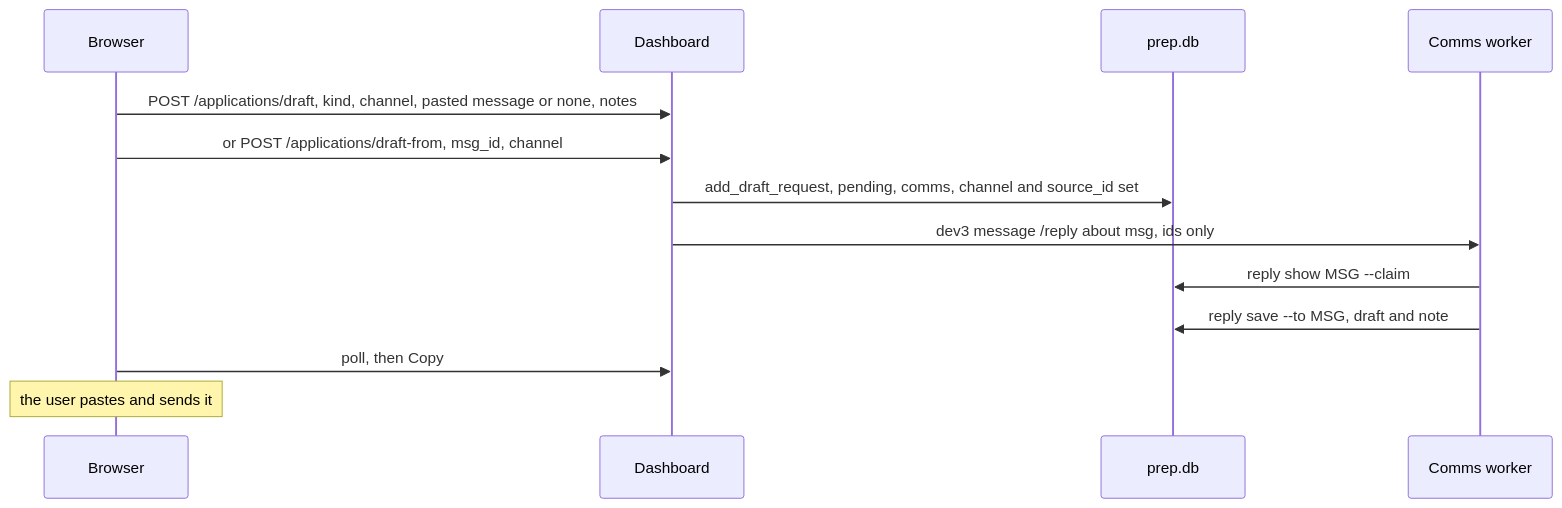
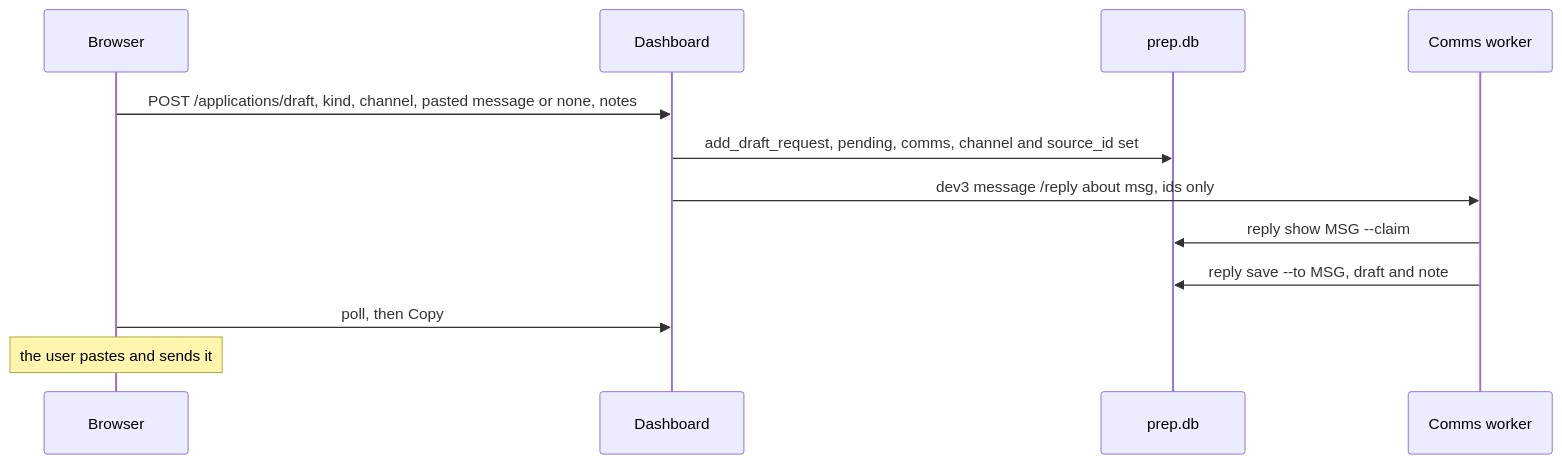
The third of 4 diagrams in docs/reference/assistants.md (Pavlana/hirey), drawn with Mermaid before and after one commit. The commit also changed other lines of this file and 11 other files, not shown here.

````diff
--- a/docs/reference/assistants.md
+++ b/docs/reference/assistants.md
@@ -367,15 +367,14 @@
 ```mermaid
 sequenceDiagram
     participant U as Browser
     participant W as Dashboard
     participant DB as prep.db
     participant C as Comms worker
     U->>W: POST /applications/draft, kind, channel, pasted message or none, notes
-    U->>W: or POST /applications/draft-from, msg_id, channel
     W->>DB: add_draft_request, pending, comms, channel and source_id set
     W->>C: dev3 message /reply about msg, ids only
     C->>DB: reply show MSG --claim
     C->>DB: reply save --to MSG, draft and note
     U->>W: poll, then Copy
     Note over U: the user pastes and sends it
 ```
````
